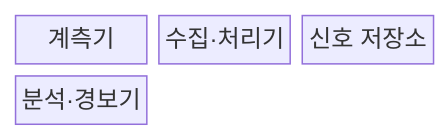
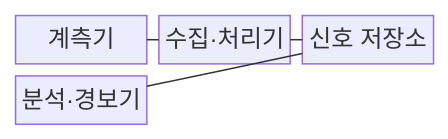
The first of 2 diagrams in src/content/docs/notes/08-latest-tech/023_agent_observability.md (agnusdei1207/knowledge-base), drawn with Mermaid before and after one commit. The commit also changed other lines of this file and 228 other files, not shown here.

````diff
--- a/src/content/docs/notes/08-latest-tech/023_agent_observability.md
+++ b/src/content/docs/notes/08-latest-tech/023_agent_observability.md
@@ -51,8 +51,11 @@
 ```mermaid
 block-beta
     columns 3
     I["계측기"]
     C["수집·처리기"]
     S["신호 저장소"]
     V["분석·경보기"]
+    I --- C
+    C --- S
+    S --- V
 ```
````
